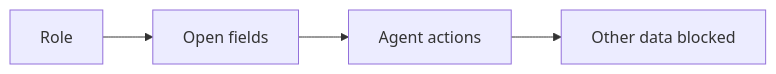
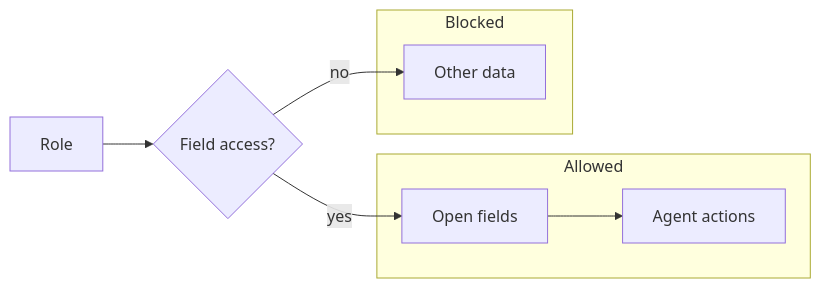
Before and after one commit to Vectorfield4/login-ai: the diagram in src/shared/assets/diagrams/ai-crm-integration.role-rights.en.mmd, drawn with Mermaid. The commit also changed 602 other files, not shown here.

Commit message:
diagrams: rework all 100 schemas (state/sequence/er + subgraph)

```diff
--- a/src/shared/assets/diagrams/ai-crm-integration.role-rights.en.mmd
+++ b/src/shared/assets/diagrams/ai-crm-integration.role-rights.en.mmd
@@ -1,8 +1,12 @@
 flowchart LR
-  a["Role"]
-  b["Open fields"]
-  c["Agent actions"]
-  d["Other data blocked"]
-  a --> b
-  b --> c
+  a["Role"] --> b{"Field access?"}
+  subgraph Allowed["Allowed"]
+    c["Open fields"]
+    d["Agent actions"]
+  end
+  subgraph Blocked["Blocked"]
+    e["Other data"]
+  end
+  b -->|yes| c
+  b -->|no| e
   c --> d
```
